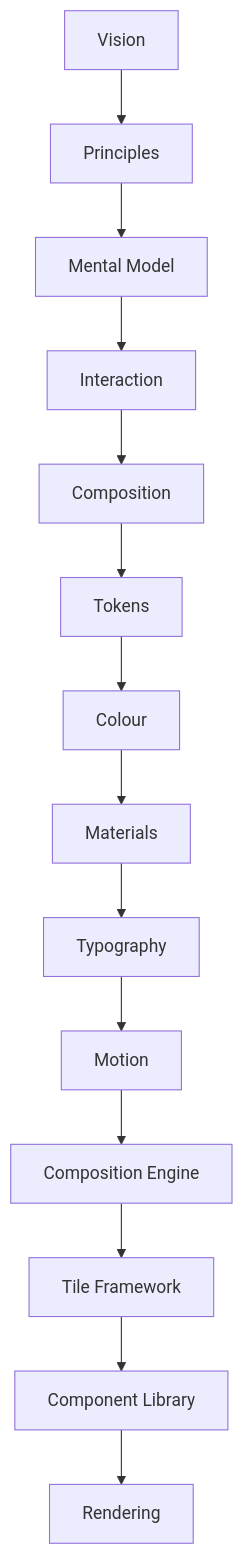
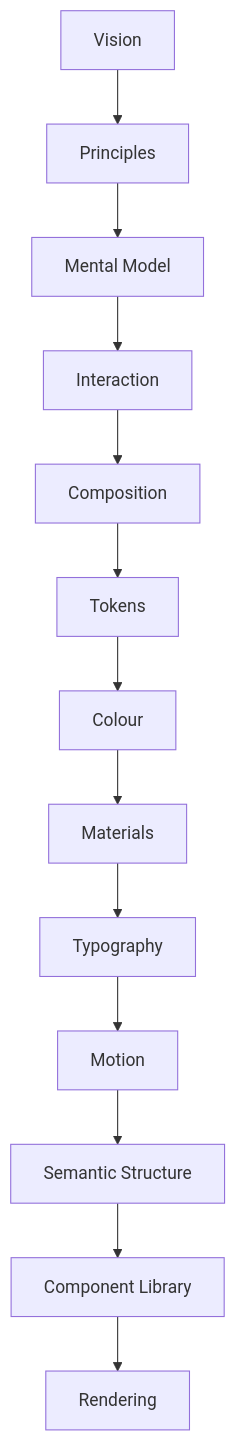
Before and after one commit to mosaic-media/mosaic-architecture: the first of 2 diagrams in docs/design/system/mds-008-component-library/index.md, drawn with Mermaid. The commit also changed other lines of this file and 168 other files, not shown here.

Commit message:
docs: introduce roadmap and deferred proposal structure

````diff
--- a/docs/design/system/mds-008-component-library/index.md
+++ b/docs/design/system/mds-008-component-library/index.md
@@ -58,32 +62,30 @@
 ```mermaid
 flowchart TD
 
 N1["Vision"]
 N2["Principles"]
 N3["Mental Model"]
 N4["Interaction"]
 N5["Composition"]
 N6["Tokens"]
 N7["Colour"]
 N8["Materials"]
 N9["Typography"]
 N10["Motion"]
-N11["Composition Engine"]
-N12["Tile Framework"]
-N13["Component Library"]
-N14["Rendering"]
+N11["Semantic Structure"]
+N12["Component Library"]
+N13["Rendering"]
 
 N1 --> N2
 N2 --> N3
 N3 --> N4
 N4 --> N5
 N5 --> N6
 N6 --> N7
 N7 --> N8
 N8 --> N9
 N9 --> N10
 N10 --> N11
 N11 --> N12
 N12 --> N13
-N13 --> N14
 ```
````
